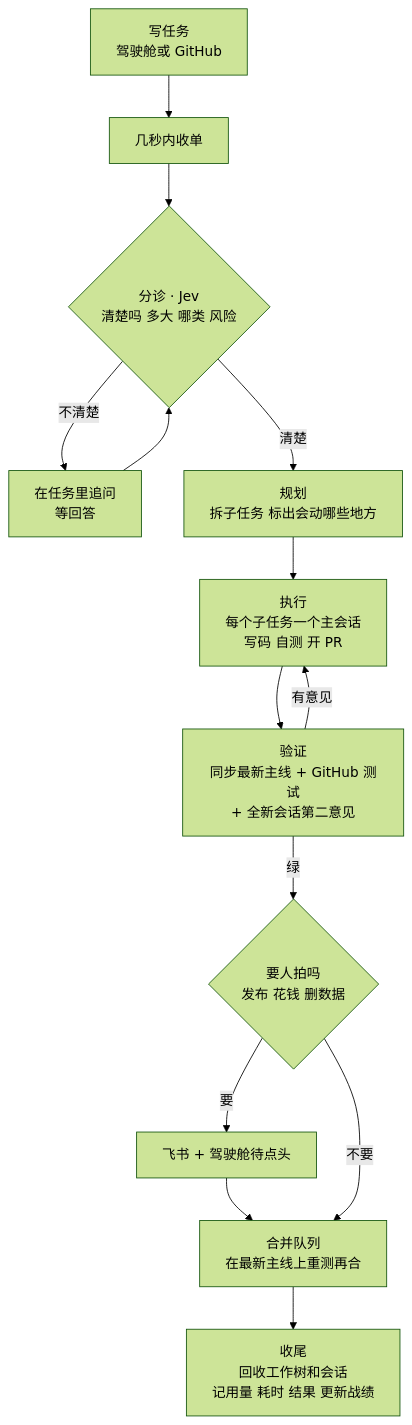
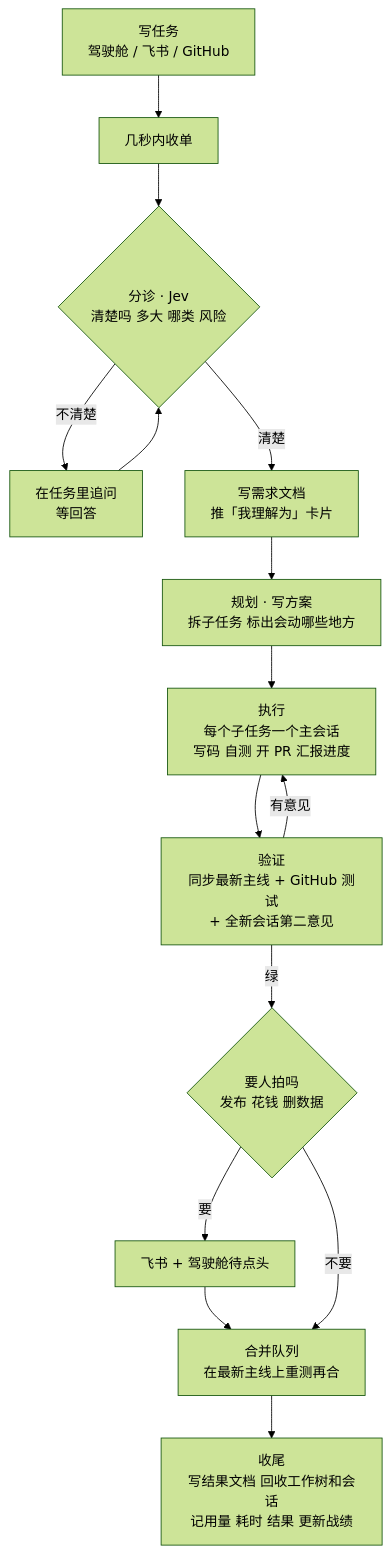
The second of 2 diagrams in docs/design.md (thoerwink8/fleet-dao), drawn with Mermaid (forest theme) before and after one commit. The commit also changed other lines of this file, not shown here.

````diff
--- a/docs/design.md
+++ b/docs/design.md
@@ -119,14 +124,15 @@
 ```mermaid
 flowchart TD
-  N[写任务<br/>驾驶舱或 GitHub] --> R[几秒内收单]
+  N[写任务<br/>驾驶舱 / 飞书 / GitHub] --> R[几秒内收单]
   R --> TR{分诊 · Jev<br/>清楚吗 多大 哪类 风险}
   TR -- 不清楚 --> Q[在任务里追问<br/>等回答] --> TR
-  TR -- 清楚 --> P[规划<br/>拆子任务 标出会动哪些地方]
-  P --> X[执行<br/>每个子任务一个主会话<br/>写码 自测 开 PR]
+  TR -- 清楚 --> S[写需求文档<br/>推「我理解为」卡片]
+  S --> P[规划 · 写方案<br/>拆子任务 标出会动哪些地方]
+  P --> X[执行<br/>每个子任务一个主会话<br/>写码 自测 开 PR 汇报进度]
   X --> V[验证<br/>同步最新主线 + GitHub 测试<br/>+ 全新会话第二意见]
   V -- 有意见 --> X
   V -- 绿 --> G{要人拍吗<br/>发布 花钱 删数据}
   G -- 要 --> HN[飞书 + 驾驶舱待点头] --> MQ
   G -- 不要 --> MQ[合并队列<br/>在最新主线上重测再合]
-  MQ --> C[收尾<br/>回收工作树和会话<br/>记用量 耗时 结果 更新战绩]
+  MQ --> C[收尾<br/>写结果文档 回收工作树和会话<br/>记用量 耗时 结果 更新战绩]
 ```
````
